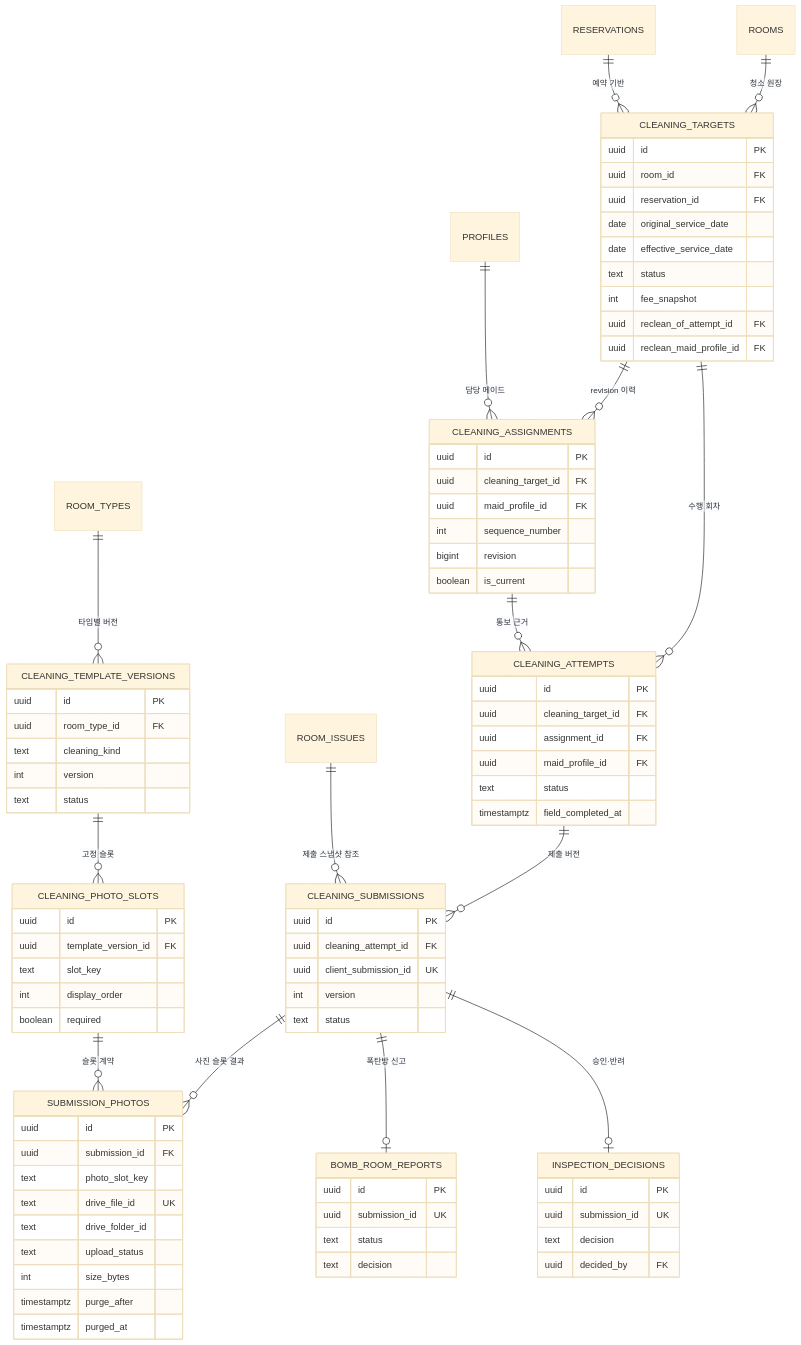
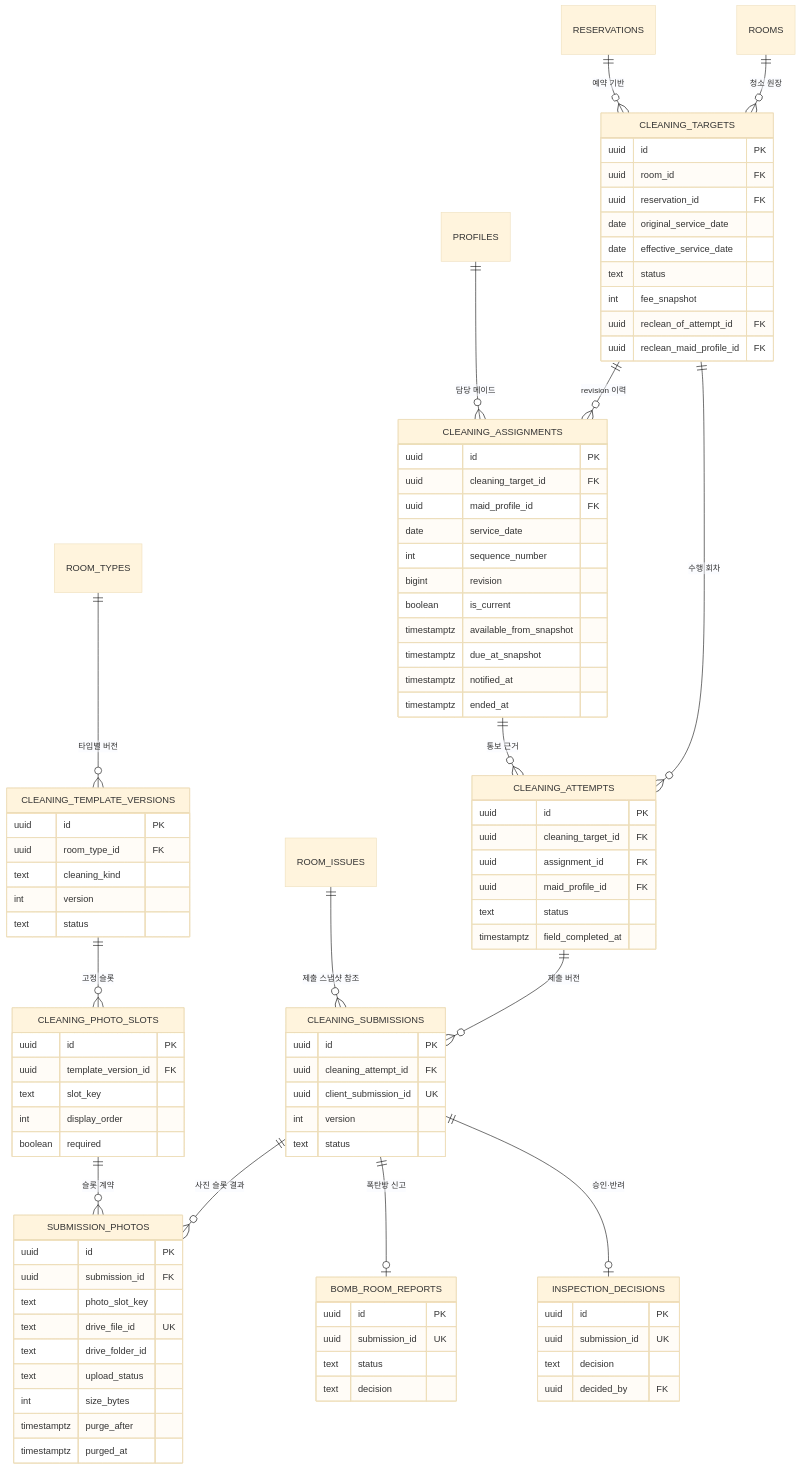
Before and after one commit to wrongstory/room-management-system-backend: the fourth of 5 diagrams in docs/ERD.md, drawn with Mermaid (base theme). The commit also changed other lines of this file and 20 other files, not shown here.

```diff
--- a/docs/ERD.md
+++ b/docs/ERD.md
@@ -307,9 +307,14 @@
     uuid id PK
     uuid cleaning_target_id FK
     uuid maid_profile_id FK
+    date service_date
     int sequence_number
     bigint revision
     boolean is_current
+    timestamptz available_from_snapshot
+    timestamptz due_at_snapshot
+    timestamptz notified_at
+    timestamptz ended_at
   }
   CLEANING_ATTEMPTS {
     uuid id PK
```
